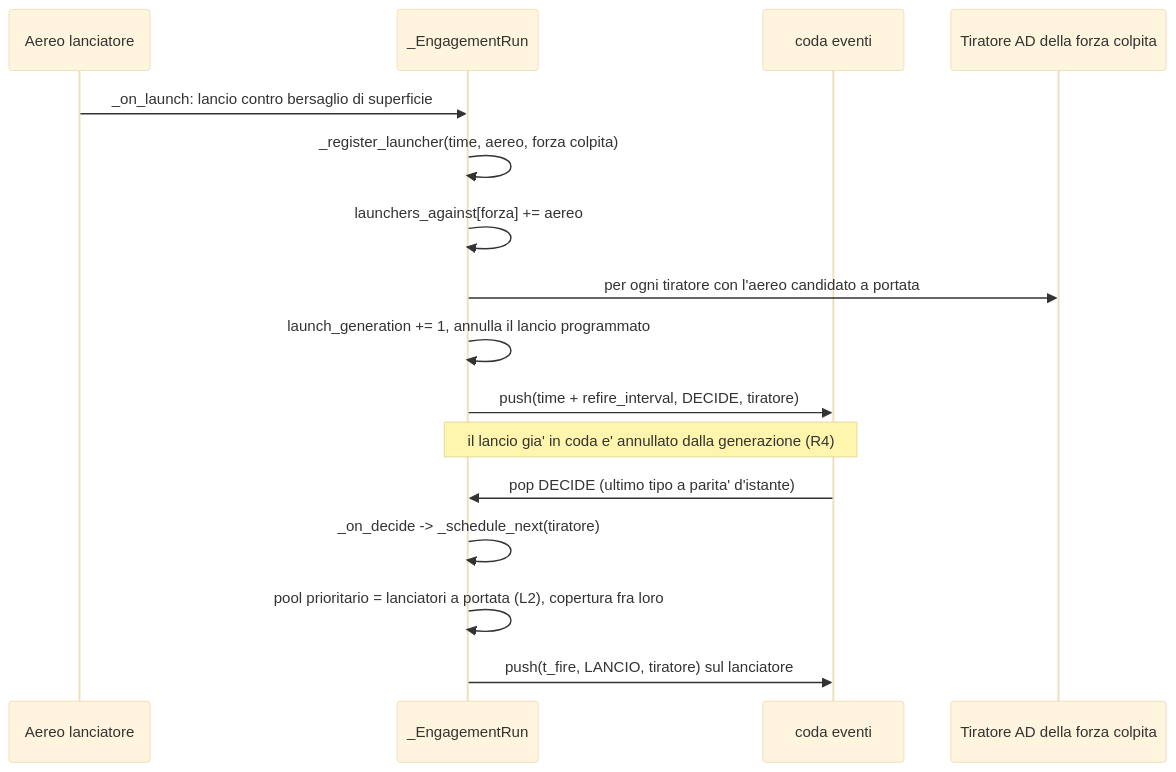
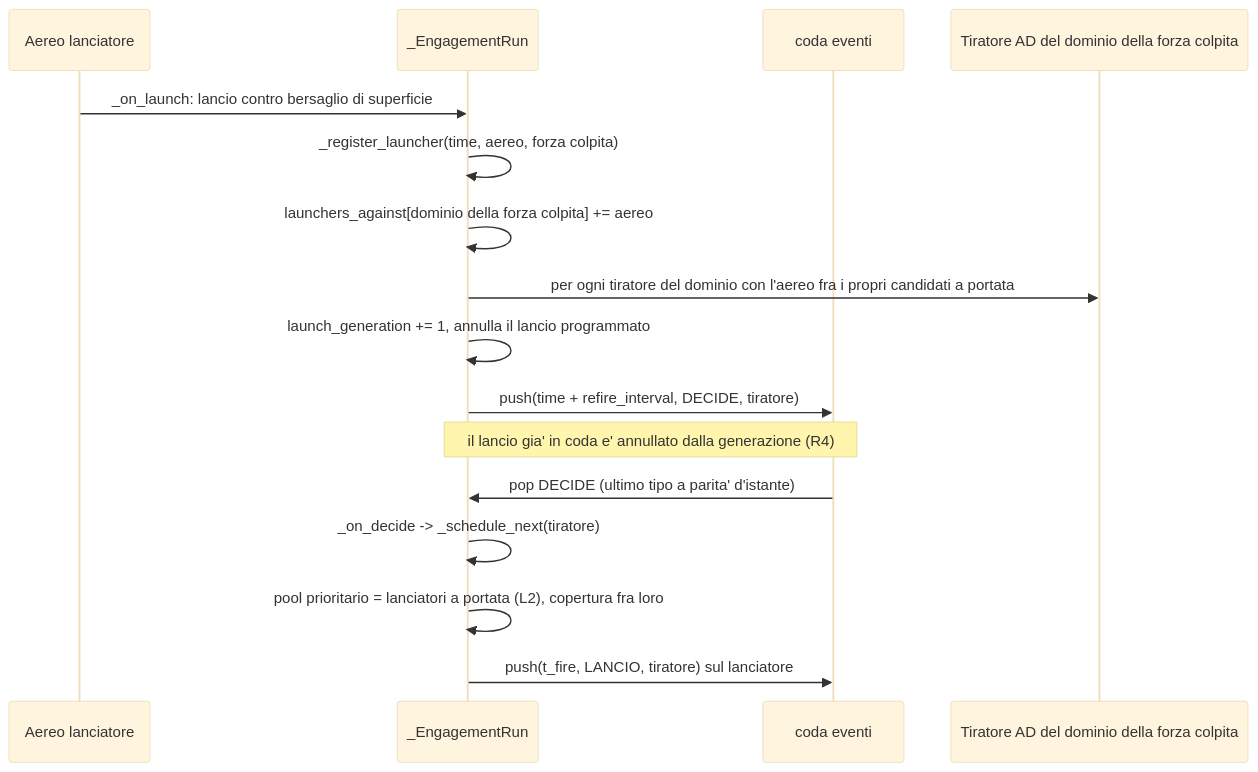
Before and after one commit to MakusIV/Warfare-Model: diagram 12 of 17 in Analysis/Document/Manuale_Motore_DES/05_Strato2_Risolutore_Ingaggio.md, drawn with Mermaid (base theme). The commit also changed other lines of this file and 11 other files, not shown here.

````diff
--- a/Analysis/Document/Manuale_Motore_DES/05_Strato2_Risolutore_Ingaggio.md
+++ b/Analysis/Document/Manuale_Motore_DES/05_Strato2_Risolutore_Ingaggio.md
@@ -1500,19 +1648,19 @@
 ```mermaid
 sequenceDiagram
     participant A as Aereo lanciatore
     participant R as _EngagementRun
     participant Q as coda eventi
-    participant D as Tiratore AD della forza colpita
+    participant D as Tiratore AD del dominio della forza colpita
 
     A->>R: _on_launch: lancio contro bersaglio di superficie
     R->>R: _register_launcher(time, aereo, forza colpita)
-    R->>R: launchers_against[forza] += aereo
-    R->>D: per ogni tiratore con l'aereo candidato a portata
+    R->>R: launchers_against[dominio della forza colpita] += aereo
+    R->>D: per ogni tiratore del dominio con l'aereo fra i propri candidati a portata
     R->>R: launch_generation += 1, annulla il lancio programmato
     R->>Q: push(time + refire_interval, DECIDE, tiratore)
     Note over R,Q: il lancio gia' in coda e' annullato dalla generazione (R4)
     Q->>R: pop DECIDE (ultimo tipo a parita' d'istante)
     R->>R: _on_decide -> _schedule_next(tiratore)
     R->>R: pool prioritario = lanciatori a portata (L2), copertura fra loro
     R->>Q: push(t_fire, LANCIO, tiratore) sul lanciatore
 ```
````
